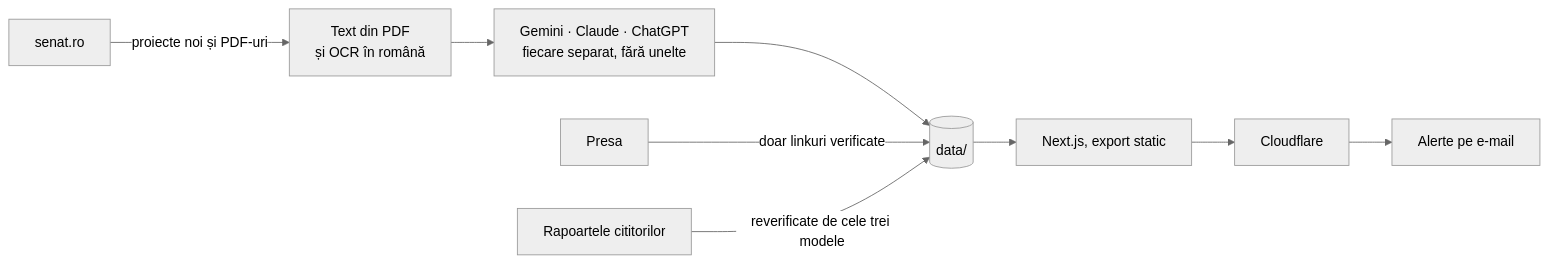
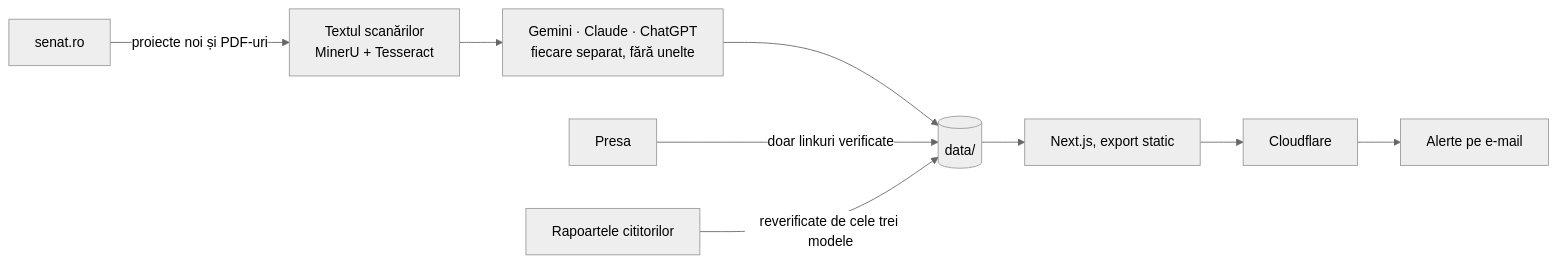
The diagram in README.md (eek/destraja.ro), drawn with Mermaid (neutral theme) before and after one commit. The commit also changed other lines of this file and 3 other files, not shown here.

First line of the commit message:
Credit MinerU and Tesseract on /metodologie and in the docs

````diff
--- a/README.md
+++ b/README.md
@@ -60,11 +60,11 @@
 ```mermaid
 flowchart LR
-  S[senat.ro] -->|proiecte noi și PDF-uri| T[Text din PDF<br/>și OCR în română]
+  S[senat.ro] -->|proiecte noi și PDF-uri| T[Textul scanărilor<br/>MinerU + Tesseract]
   T --> A[Gemini · Claude · ChatGPT<br/>fiecare separat, fără unelte]
   A --> D[(data/)]
   P[Presa] -->|doar linkuri verificate| D
   R[Rapoartele cititorilor] -->|reverificate de cele trei modele| D
   D --> B[Next.js, export static]
   B --> C[Cloudflare]
   C --> E[Alerte pe e-mail]
 ```
````
